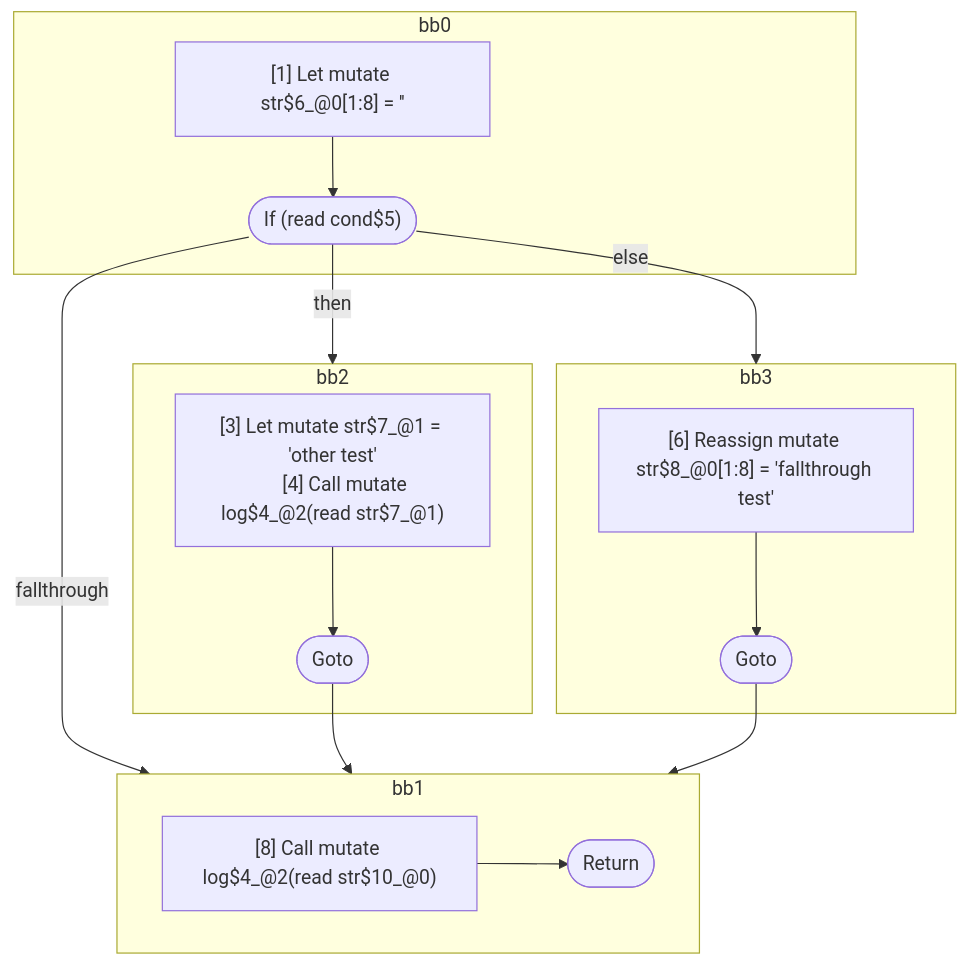
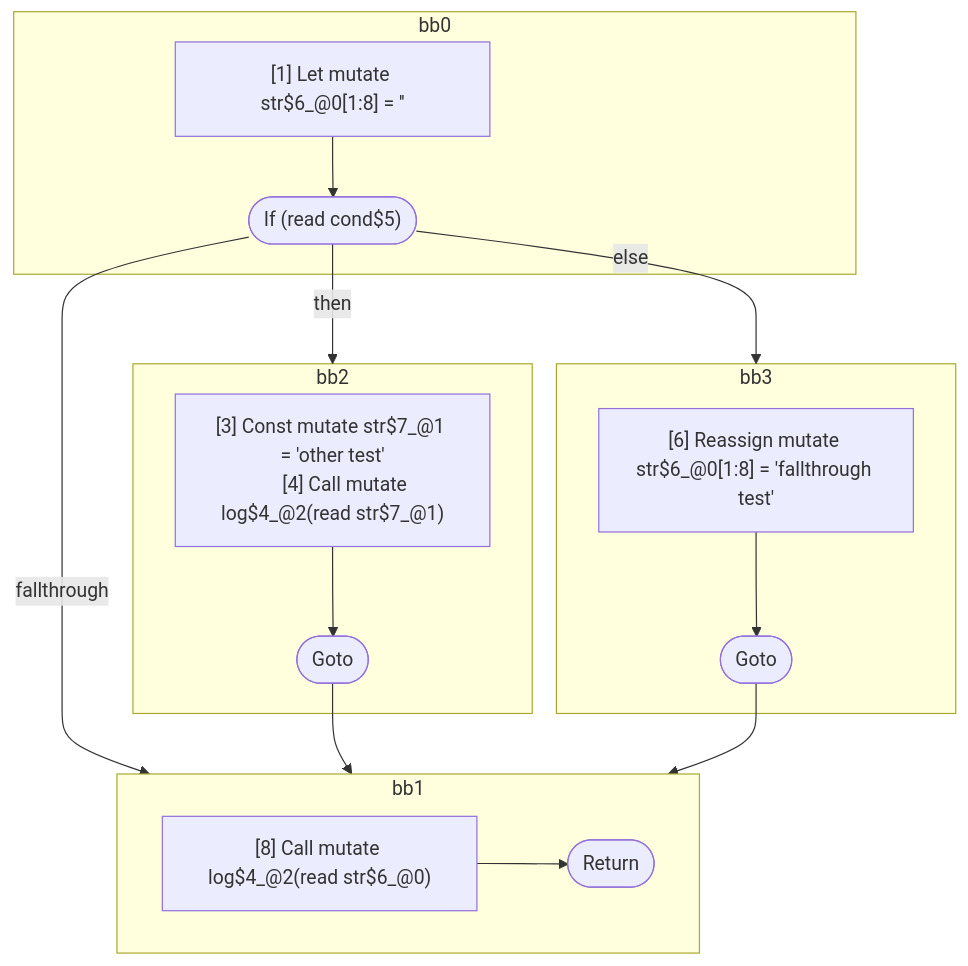
The second of 2 diagrams in compiler/forget/src/__tests__/fixtures/hir/ssa-shadowing.expect.md (wutsmog/private), drawn with Mermaid before and after one commit. The commit also changed other lines of this file and 61 other files, not shown here.

````diff
--- a/compiler/forget/src/__tests__/fixtures/hir/ssa-shadowing.expect.md
+++ b/compiler/forget/src/__tests__/fixtures/hir/ssa-shadowing.expect.md
@@ -72,37 +71,37 @@
 ```mermaid
 flowchart TB
   %% Basic Blocks
   subgraph bb0
     bb0_instrs["
       [1] Let mutate str$6_@0[1:8] = ''
     "]
     bb0_instrs --> bb0_terminal(["If (read cond$5)"])
   end
   subgraph bb2
     bb2_instrs["
-      [3] Let mutate str$7_@1 = 'other test'
+      [3] Const mutate str$7_@1 = 'other test'
       [4] Call mutate log$4_@2(read str$7_@1)
     "]
     bb2_instrs --> bb2_terminal(["Goto"])
   end
   subgraph bb3
     bb3_instrs["
-      [6] Reassign mutate str$8_@0[1:8] = 'fallthrough test'
+      [6] Reassign mutate str$6_@0[1:8] = 'fallthrough test'
     "]
     bb3_instrs --> bb3_terminal(["Goto"])
   end
   subgraph bb1
     bb1_instrs["
-      [8] Call mutate log$4_@2(read str$10_@0)
+      [8] Call mutate log$4_@2(read str$6_@0)
     "]
     bb1_instrs --> bb1_terminal(["Return"])
   end
 
   %% Jumps
   bb0_terminal -- "then" --> bb2
   bb0_terminal -- "else" --> bb3
   bb0_terminal -- "fallthrough" --> bb1
   bb2_terminal --> bb1
   bb3_terminal --> bb1
 
 ```
````
